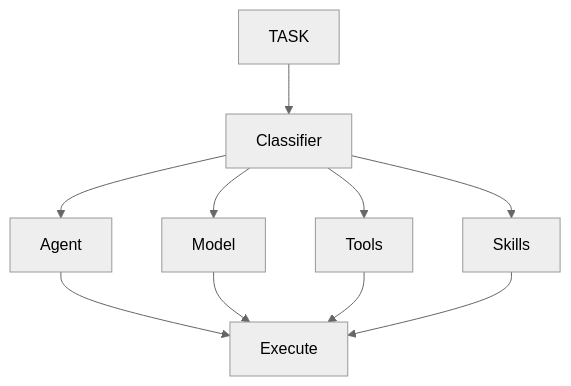
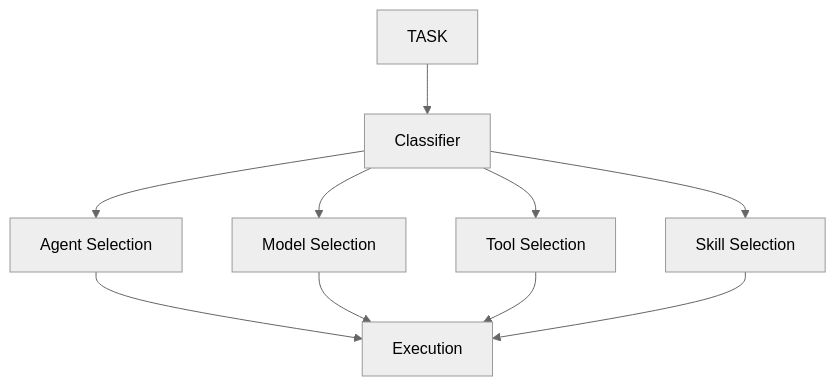
Before and after one commit to SlipStream90/Cressida: the ninth of 10 diagrams in README.md, drawn with Mermaid (neutral theme). The commit also changed other lines of this file, not shown here.

Commit message:
docs: fix Mermaid diagrams for GitHub rendering

````diff
--- a/README.md
+++ b/README.md
@@ -1864,25 +966,12 @@
 ```mermaid
 flowchart TD
-
-TASK
-
--->
-
-Classifier
-
-Classifier --> Agent
-
-Classifier --> Model
-
-Classifier --> Tools
-
-Classifier --> Skills
-
-Agent --> Execute
-
-Model --> Execute
-
-Tools --> Execute
-
-Skills --> Execute
+    TASK --> Classifier
+    Classifier --> Agent[Agent Selection]
+    Classifier --> Model[Model Selection]
+    Classifier --> Tools[Tool Selection]
+    Classifier --> Skills[Skill Selection]
+    Agent --> Execute[Execution]
+    Model --> Execute
+    Tools --> Execute
+    Skills --> Execute
 ```
````
